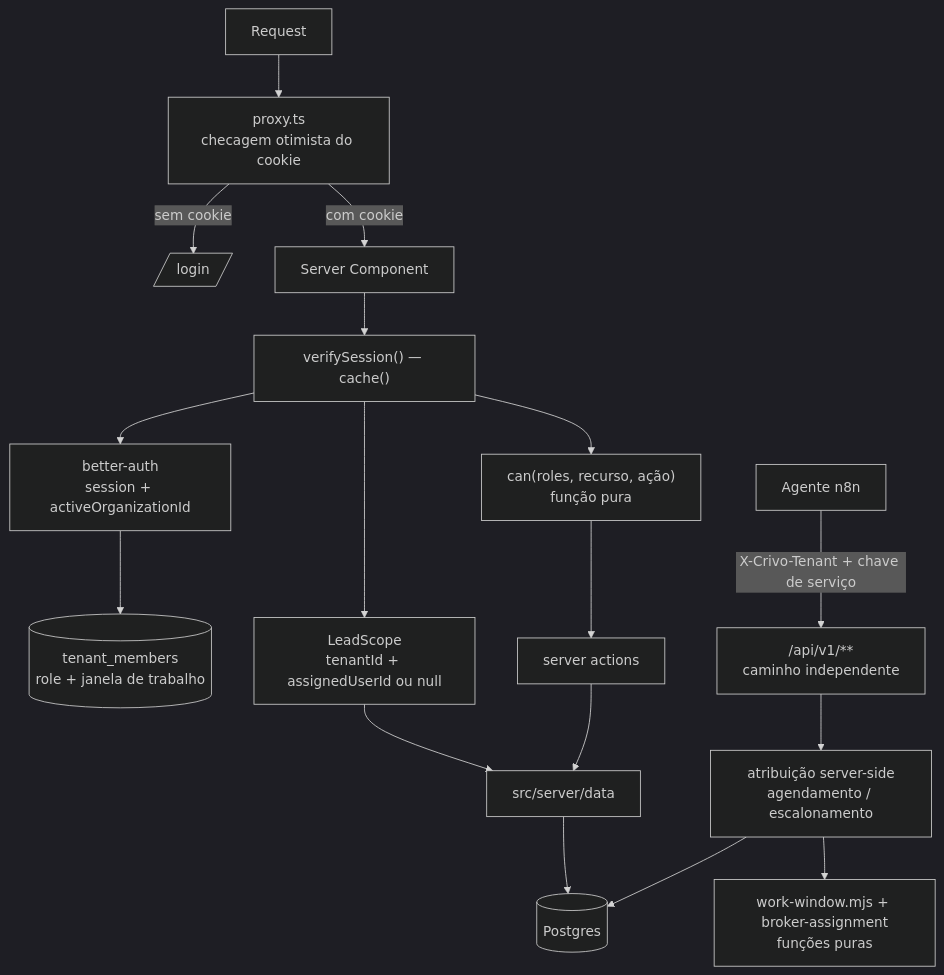
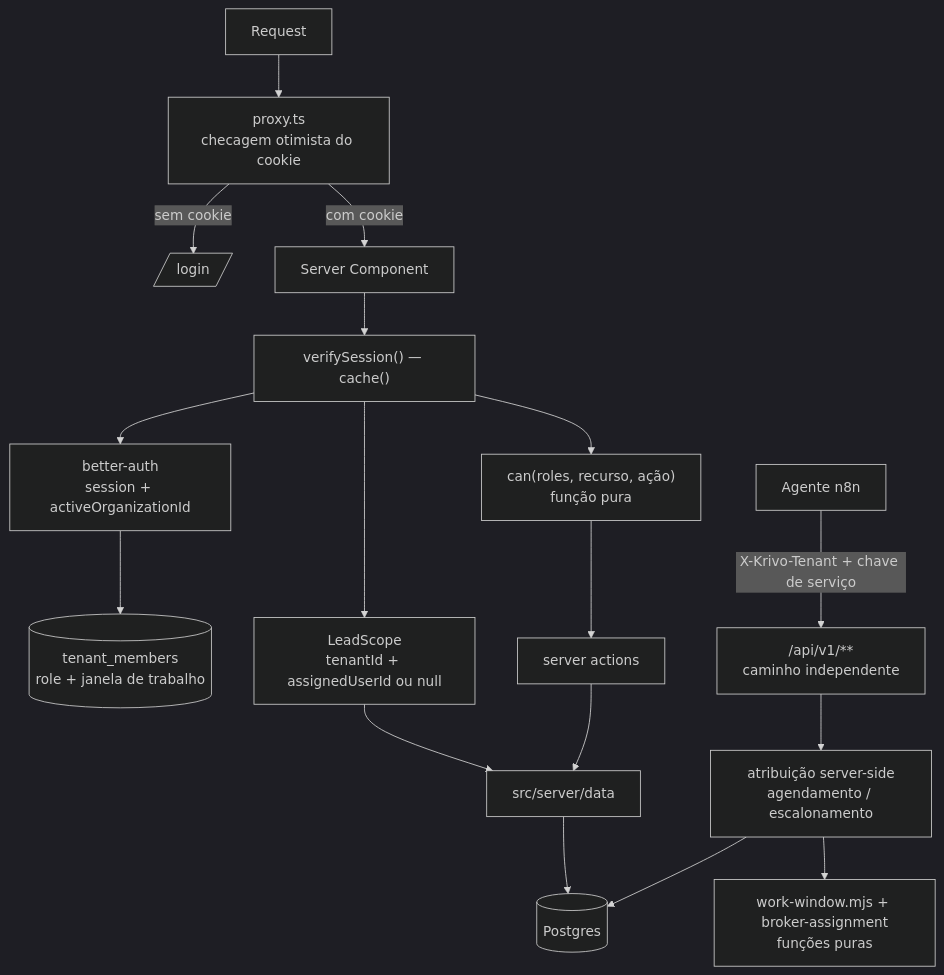
The diagram in .specs/features/lote-8-usuarios-papeis-atribuicao/design.md (Arthur1050/crivo), drawn with Mermaid (dark theme) before and after one commit. The commit also changed other lines of this file and 207 other files, not shown here.

````diff
--- a/.specs/features/lote-8-usuarios-papeis-atribuicao/design.md
+++ b/.specs/features/lote-8-usuarios-papeis-atribuicao/design.md
@@ -19,20 +19,20 @@
 ```mermaid
 graph TD
     REQ[Request] --> PX[proxy.ts<br/>checagem otimista do cookie]
     PX -->|sem cookie| LOGIN[/login/]
     PX -->|com cookie| RSC[Server Component]
     RSC --> VS["verifySession() — cache()"]
     VS --> BA[better-auth<br/>session + activeOrganizationId]
     BA --> MEM[(tenant_members<br/>role + janela de trabalho)]
     VS --> SCOPE[LeadScope<br/>tenantId + assignedUserId ou null]
     VS --> PERM["can(roles, recurso, ação)<br/>função pura"]
     SCOPE --> DAL[src/server/data]
     PERM --> ACT[server actions]
     ACT --> DAL
     DAL --> DB[(Postgres)]
 
-    AG[Agente n8n] -->|X-Crivo-Tenant + chave de serviço| API["/api/v1/**<br/>caminho independente"]
+    AG[Agente n8n] -->|X-Krivo-Tenant + chave de serviço| API["/api/v1/**<br/>caminho independente"]
     API --> ASSIGN[atribuição server-side<br/>agendamento / escalonamento]
     ASSIGN --> WW["work-window.mjs + broker-assignment<br/>funções puras"]
     ASSIGN --> DB
 ```
````
